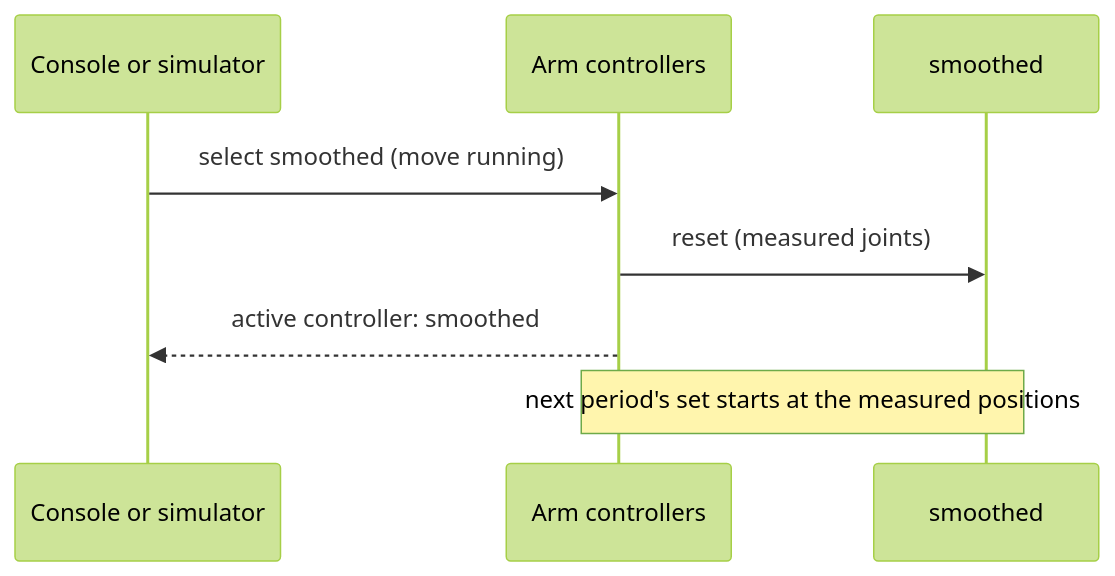
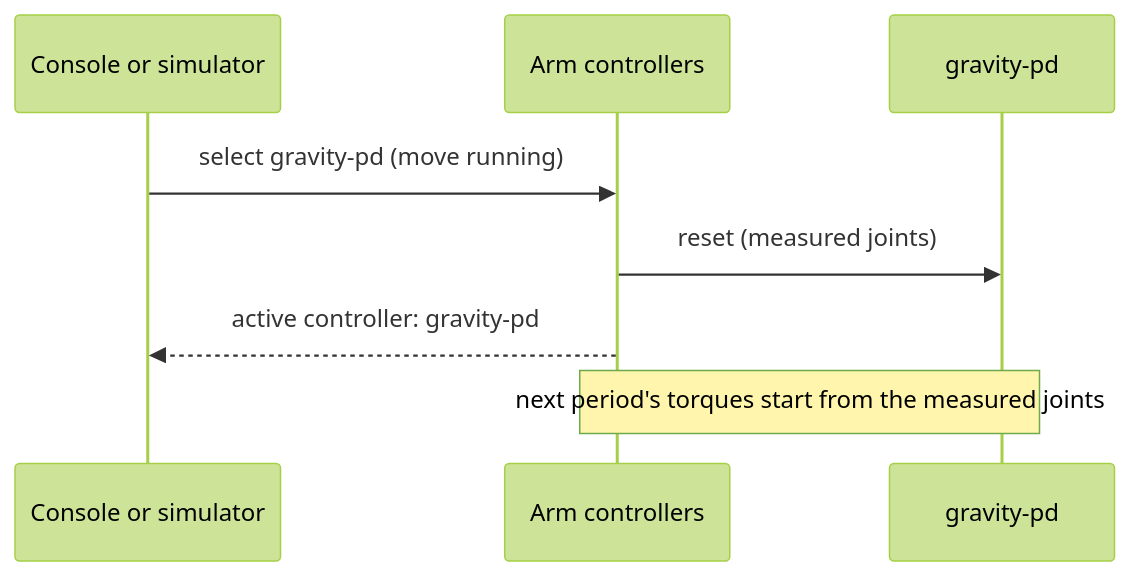
The third of 3 diagrams in documentation/design/arm-controllers.md (embedded-pro/e-robot-arm), drawn with Mermaid (forest theme) before and after one commit. The commit also changed other lines of this file and 57 other files, not shown here.

````diff
--- a/documentation/design/arm-controllers.md
+++ b/documentation/design/arm-controllers.md
@@ -201,10 +187,10 @@
 ```mermaid
 sequenceDiagram
     participant U as Console or simulator
     participant A as Arm controllers
-    participant C as smoothed
-    U->>A: select smoothed (move running)
+    participant C as gravity-pd
+    U->>A: select gravity-pd (move running)
     A->>C: reset (measured joints)
-    A-->>U: active controller: smoothed
-    Note over A,C: next period's set starts at the measured positions
+    A-->>U: active controller: gravity-pd
+    Note over A,C: next period's torques start from the measured joints
 ```
````
